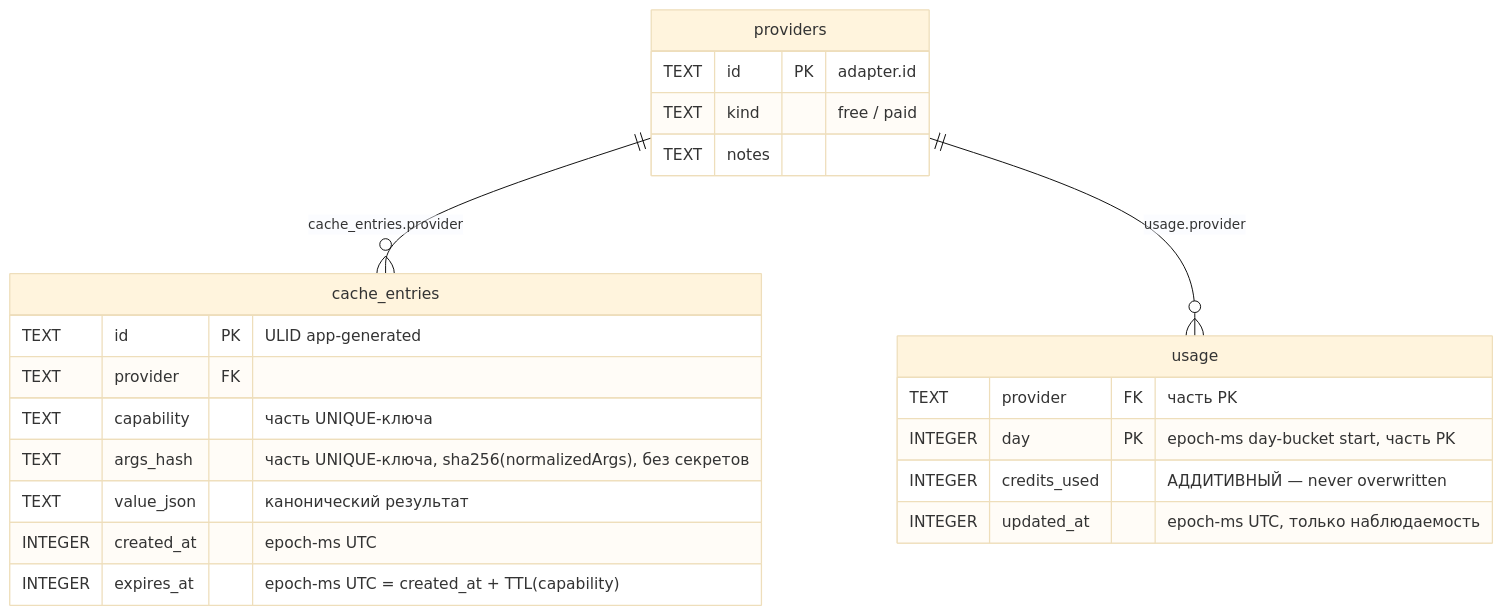
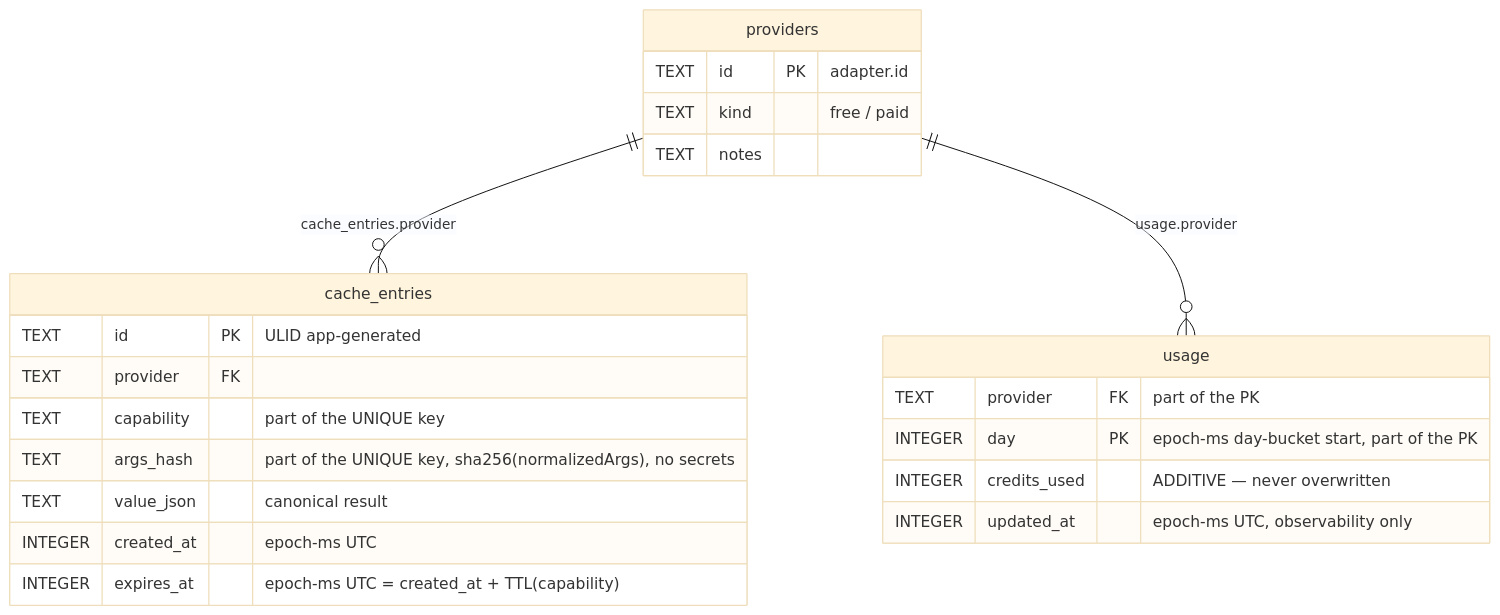
Before and after one commit to MatrixFounder/onchain-analytics: the diagram in docs/architectures/data-model.md, drawn with Mermaid (base theme). The commit also changed other lines of this file and 16 other files, not shown here.

````diff
--- a/docs/architectures/data-model.md
+++ b/docs/architectures/data-model.md
@@ -351,28 +377,28 @@
 ```mermaid
 erDiagram
   providers ||--o{ cache_entries : "cache_entries.provider"
   providers ||--o{ usage : "usage.provider"
 
   providers {
     TEXT id PK "adapter.id"
     TEXT kind "free / paid"
     TEXT notes
   }
 
   cache_entries {
     TEXT id PK "ULID app-generated"
     TEXT provider FK
-    TEXT capability "часть UNIQUE-ключа"
-    TEXT args_hash "часть UNIQUE-ключа, sha256(normalizedArgs), без секретов"
-    TEXT value_json "канонический результат"
+    TEXT capability "part of the UNIQUE key"
+    TEXT args_hash "part of the UNIQUE key, sha256(normalizedArgs), no secrets"
+    TEXT value_json "canonical result"
     INTEGER created_at "epoch-ms UTC"
     INTEGER expires_at "epoch-ms UTC = created_at + TTL(capability)"
   }
 
   usage {
-    TEXT provider FK "часть PK"
-    INTEGER day PK "epoch-ms day-bucket start, часть PK"
-    INTEGER credits_used "АДДИТИВНЫЙ — never overwritten"
-    INTEGER updated_at "epoch-ms UTC, только наблюдаемость"
+    TEXT provider FK "part of the PK"
+    INTEGER day PK "epoch-ms day-bucket start, part of the PK"
+    INTEGER credits_used "ADDITIVE — never overwritten"
+    INTEGER updated_at "epoch-ms UTC, observability only"
   }
 ```
````
